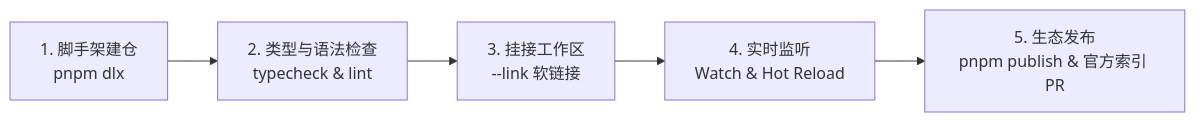
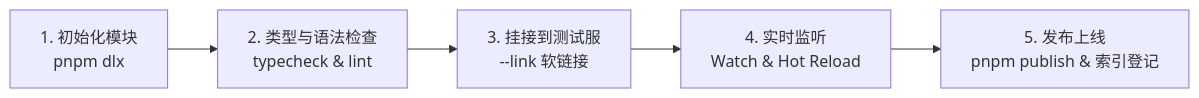
Before and after one commit to DogeLakeDev/ScriptsForMinecraftServer: the diagram in docs/zh/dev/module-author.mdx, drawn with Mermaid. The commit also changed other lines of this file and 282 other files, not shown here.

````diff
--- a/docs/zh/dev/module-author.mdx
+++ b/docs/zh/dev/module-author.mdx
@@ -47,7 +46,7 @@
 ```mermaid
 flowchart LR
-  A[1. 脚手架建仓<br/>pnpm dlx] --> B[2. 类型与语法检查<br/>typecheck & lint]
-  B --> C[3. 挂接工作区<br/>--link 软链接]
+  A[1. 初始化模块<br/>pnpm dlx] --> B[2. 类型与语法检查<br/>typecheck & lint]
+  B --> C[3. 挂接到测试服<br/>--link 软链接]
   C --> D[4. 实时监听<br/>Watch & Hot Reload]
-  D --> E[5. 生态发布<br/>pnpm publish & 官方索引 PR]
+  D --> E[5. 发布上线<br/>pnpm publish & 索引登记]
 ```
````
